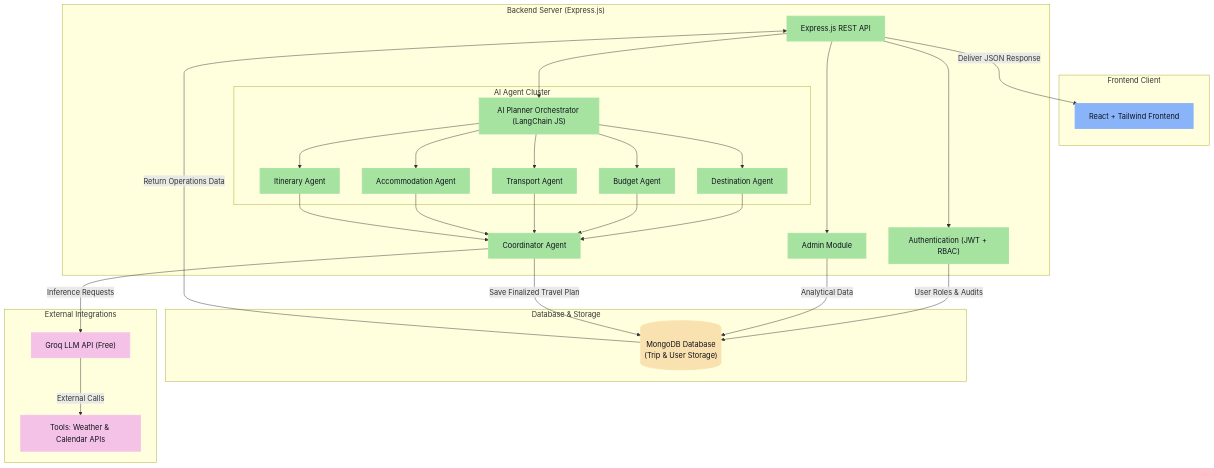
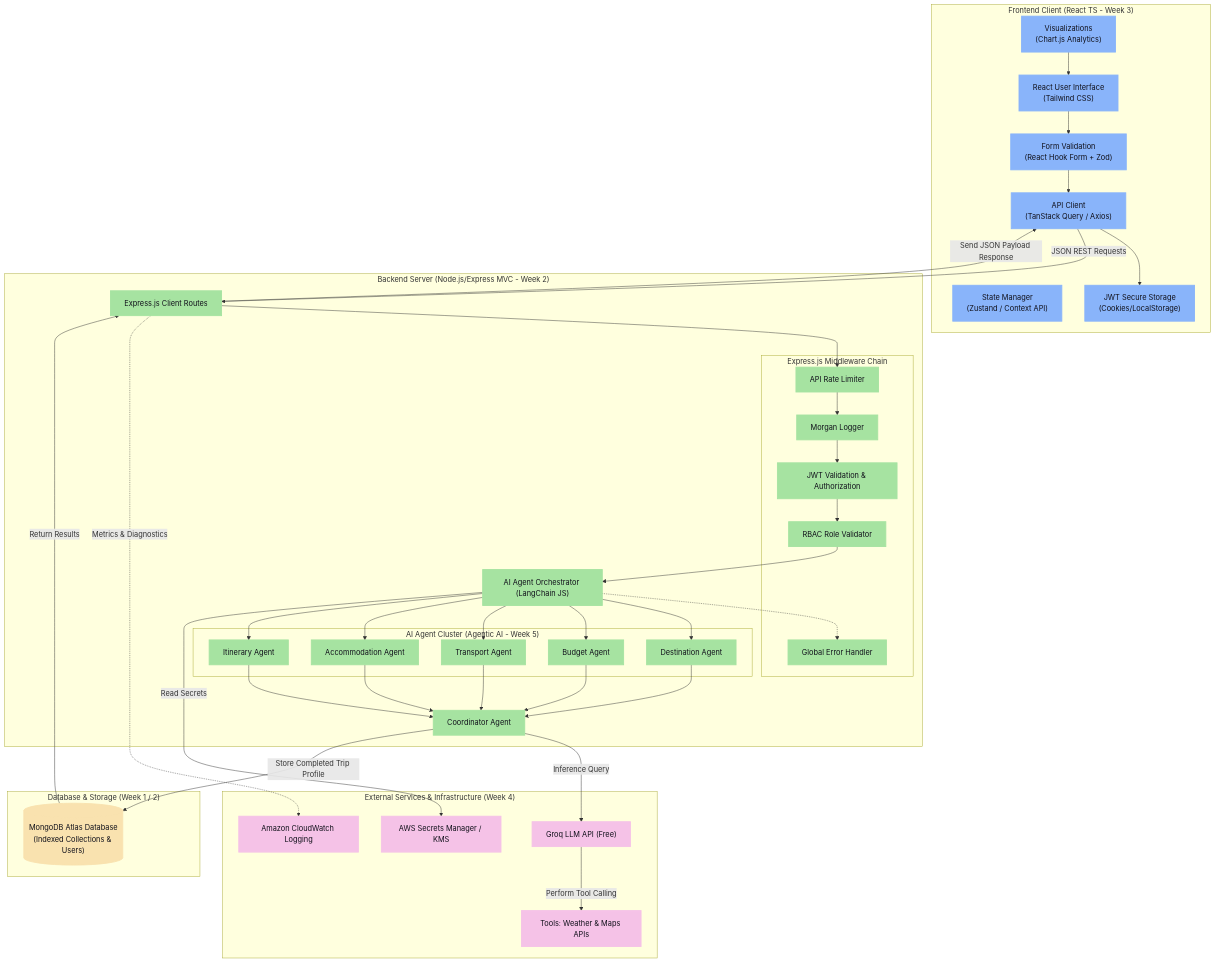
The fifth of 5 diagrams in README.md (Dhayananth1511/AI-Travel-Planner_CapStoneProject_Presidio_InternShip), drawn with Mermaid before and after one commit. The commit also changed other lines of this file, not shown here.

Commit message:
Flow chart

````diff
--- a/README.md
+++ b/README.md
@@ -581,35 +234,47 @@
     classDef ext fill:#f5c2e7,stroke:#f5c2e7,stroke-width:2px,color:#11111b;
 
     %% Frontend Tier
-    subgraph ClientTier ["Frontend Client"]
-        FE["React + Tailwind Frontend"]:::frontend
+    subgraph ClientTier ["Frontend Client (React TS - Week 3)"]
+        FE["React User Interface<br/>(Tailwind CSS)"]:::frontend
+        Val["Form Validation<br/>(React Hook Form + Zod)"]:::frontend
+        State["State Manager<br/>(Zustand / Context API)"]:::frontend
+        Queries["API Client<br/>(TanStack Query / Axios)"]:::frontend
+        ChartsFE["Visualizations<br/>(Chart.js Analytics)"]:::frontend
+        AuthFE["JWT Secure Storage<br/>(Cookies/LocalStorage)"]:::frontend
     end
 
-    %% Backend Express.js Server
-    subgraph ServerTier ["Backend Server (Express.js)"]
-        API["Express.js REST API"]:::backend
-        Auth["Authentication (JWT + RBAC)"]:::backend
-        Admin["Admin Module"]:::backend
-        AIPlanner["AI Planner Orchestrator (LangChain JS)"]:::backend
+    %% Backend Server Tier
+    subgraph ServerTier ["Backend Server (Node.js/Express MVC - Week 2)"]
+        API["Express.js Client Routes"]:::backend
         
-        API --> Auth
-        API --> Admin
-        API --> AIPlanner
+        %% Middleware sub-layer
+        subgraph Middlewares ["Express.js Middleware Chain"]
+            Throttle["API Rate Limiter"]:::backend
+            Log["Morgan Logger"]:::backend
+            JWT["JWT Validation & Authorization"]:::backend
+            RBAC["RBAC Role Validator"]:::backend
+            ErrorM["Global Error Handler"]:::backend
+        end
+        
+        AIPlanner["AI Agent Orchestrator (LangChain JS)"]:::backend
+        
+        API --> Throttle --> Log --> JWT --> RBAC --> AIPlanner
+        AIPlanner -.-> ErrorM
         
         %% Sub-agents cluster
-        subgraph agents ["AI Agent Cluster"]
+        subgraph agents ["AI Agent Cluster (Agentic AI - Week 5)"]
             DestAgent["Destination Agent"]:::backend
             BudAgent["Budget Agent"]:::backend
             TransAgent["Transport Agent"]:::backend
             AccomAgent["Accommodation Agent"]:::backend
             ItinAgent["Itinerary Agent"]:::backend
-            
-            AIPlanner --> DestAgent
-            AIPlanner --> BudAgent
-            AIPlanner --> TransAgent
-            AIPlanner --> AccomAgent
-            AIPlanner --> ItinAgent
         end
+        
+        AIPlanner --> DestAgent
+        AIPlanner --> BudAgent
+        AIPlanner --> TransAgent
+        AIPlanner --> AccomAgent
+        AIPlanner --> ItinAgent
         
         DestAgent --> Coord["Coordinator Agent"]:::backend
         BudAgent --> Coord
@@ -619,22 +284,30 @@
     end
 
     %% Storage Tier
-    subgraph DBTier ["Database & Storage"]
-        DB[("MongoDB Database<br/>(Trip & User Storage)")]:::db
+    subgraph DBTier ["Database & Storage (Week 1 / 2)"]
+        DB[("MongoDB Atlas Database<br/>(Indexed Collections & Users)")]:::db
     end
 
     %% External Tier
-    subgraph ExtTier ["External Integrations"]
+    subgraph ExtTier ["External Services & Infrastructure (Week 4)"]
         LLM["Groq LLM API (Free)"]:::ext
-        Tools["Tools: Weather & Calendar APIs"]:::ext
+        Tools["Tools: Weather & Maps APIs"]:::ext
+        AWSSecrets["AWS Secrets Manager / KMS"]:::ext
+        CloudWatch["Amazon CloudWatch Logging"]:::ext
     end
 
-    %% System Flows
-    Auth -->|User Roles & Audits| DB
-    Admin -->|Analytical Data| DB
-    Coord -->|Inference Requests| LLM
-    LLM -->|External Calls| Tools
-    Coord -->|Save Finalized Travel Plan| DB
-    DB -->|Return Operations Data| API
-    API -->|Deliver JSON Response| FE
+    %% Connect UI controls
+    FE --> Val --> Queries
+    Queries --> AuthFE
+    ChartsFE --> FE
+
+    %% Core Data flow
+    Queries -->|JSON REST Requests| API
+    Coord -->|Inference Query| LLM
+    LLM -->|Perform Tool Calling| Tools
+    Coord -->|Store Completed Trip Profile| DB
+    AIPlanner -->|Read Secrets| AWSSecrets
+    API -.->|Metrics & Diagnostics| CloudWatch
+    DB -->|Return Results| API
+    API -->|Send JSON Payload Response| Queries
 ```
````
